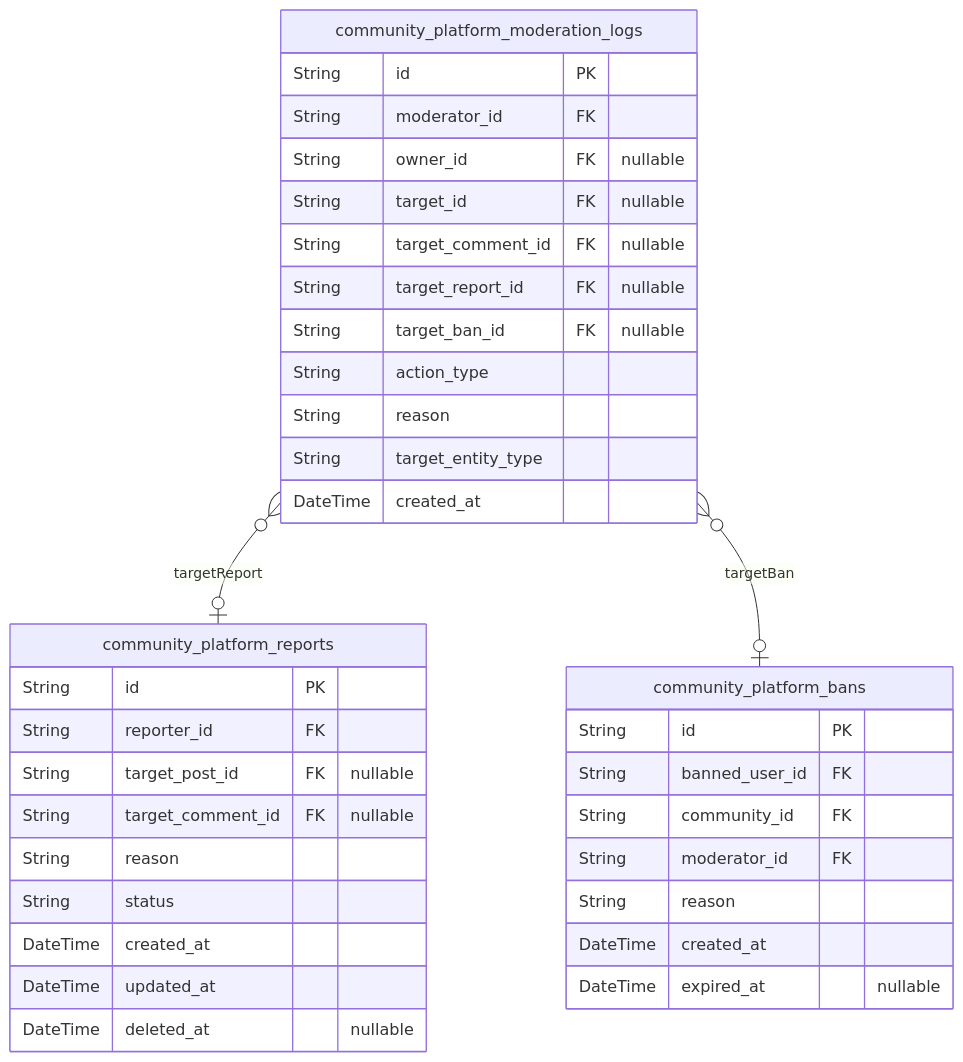
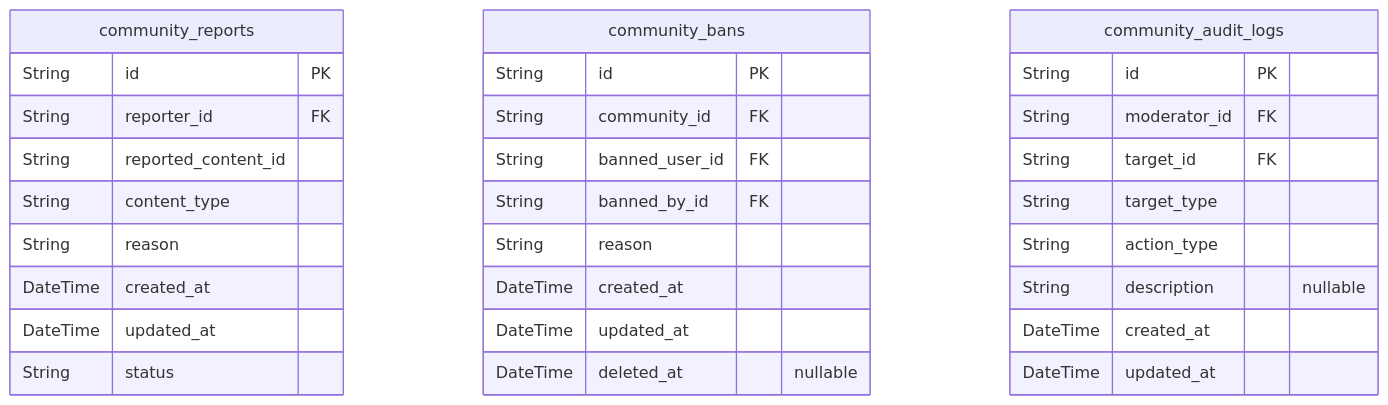
Before and after one commit to wrtnlabs/autobe-examples: the seventh of 10 diagrams in qwen/qwen3-next-80b-a3b-instruct/reddit/docs/ERD.md, drawn with Mermaid. The commit also changed other lines of this file and 11104 other files, not shown here.

````diff
--- a/qwen/qwen3-next-80b-a3b-instruct/reddit/docs/ERD.md
+++ b/qwen/qwen3-next-80b-a3b-instruct/reddit/docs/ERD.md
@@ -1438,38 +1947,33 @@
 ```mermaid
 erDiagram
-"community_platform_bans" {
+"community_reports" {
   String id PK
-  String banned_user_id FK
-  String community_id FK
-  String moderator_id FK
+  String reporter_id FK
+  String reported_content_id
+  String content_type
   String reason
   DateTime created_at
-  DateTime expired_at "nullable"
+  DateTime updated_at
+  String status
 }
-"community_platform_moderation_logs" {
+"community_bans" {
   String id PK
-  String moderator_id FK
-  String owner_id FK "nullable"
-  String target_id FK "nullable"
-  String target_comment_id FK "nullable"
-  String target_report_id FK "nullable"
-  String target_ban_id FK "nullable"
-  String action_type
+  String community_id FK
+  String banned_user_id FK
+  String banned_by_id FK
   String reason
-  String target_entity_type
-  DateTime created_at
-}
-"community_platform_reports" {
-  String id PK
-  String reporter_id FK
-  String target_post_id FK "nullable"
-  String target_comment_id FK "nullable"
-  String reason
-  String status
   DateTime created_at
   DateTime updated_at
   DateTime deleted_at "nullable"
 }
-"community_platform_moderation_logs" }o--o| "community_platform_reports" : targetReport
-"community_platform_moderation_logs" }o--o| "community_platform_bans" : targetBan
+"community_audit_logs" {
+  String id PK
+  String moderator_id FK
+  String target_id FK
+  String target_type
+  String action_type
+  String description "nullable"
+  DateTime created_at
+  DateTime updated_at
+}
 ```
````
